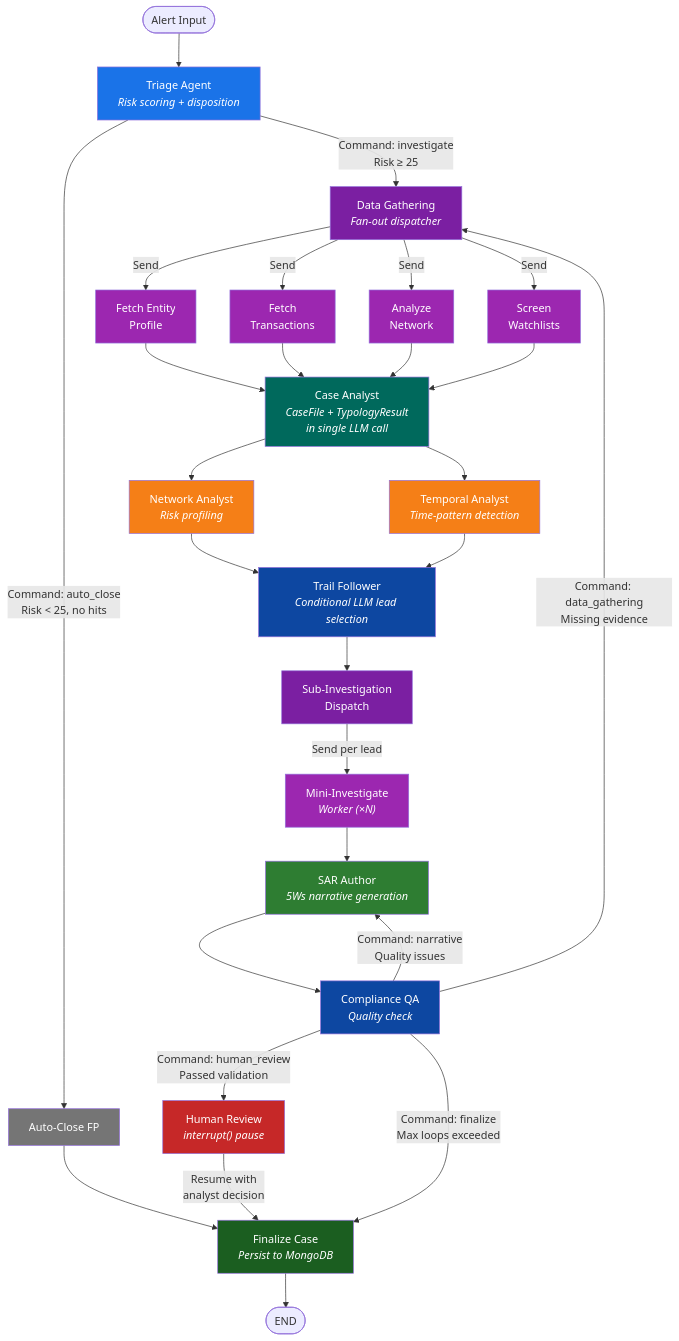
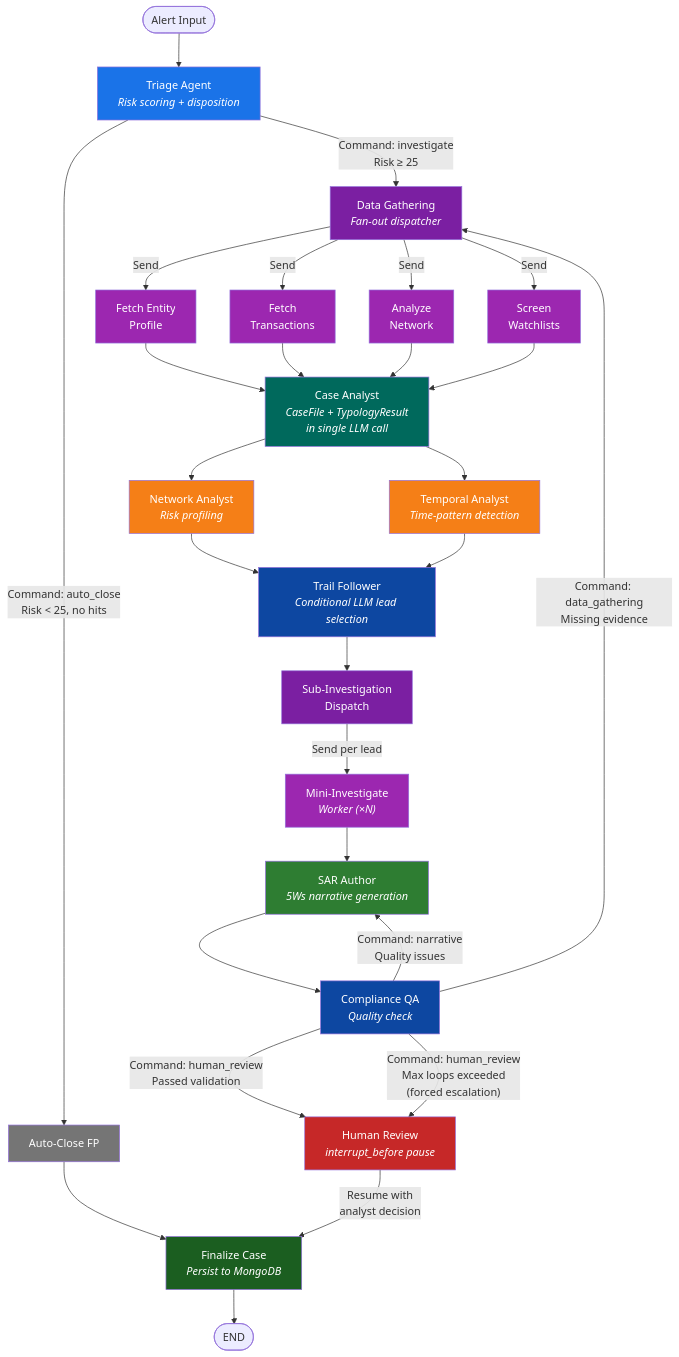
One commit to mongodb-industry-solutions/fsi-aml-fraud-detection changed the third of 19 diagrams in docs/AGENTIC_INVESTIGATION_PIPELINE.md. Above: the diagram before and after it, drawn with Mermaid. The commit also changed other lines of this file and 17 other files, not shown here.

````diff
--- a/docs/AGENTIC_INVESTIGATION_PIPELINE.md
+++ b/docs/AGENTIC_INVESTIGATION_PIPELINE.md
@@ -173,58 +173,58 @@
 ```mermaid
 flowchart TD
     Start(["Alert Input"]) --> Triage["Triage Agent<br/><i>Risk scoring + disposition</i>"]
 
     Triage -->|"Command: auto_close<br/>Risk < 25, no hits"| AutoClose["Auto-Close FP"]
     Triage -->|"Command: investigate<br/>Risk ≥ 25"| FanOut["Data Gathering<br/><i>Fan-out dispatcher</i>"]
 
     AutoClose --> Finalize
 
     FanOut -->|"Send"| FetchEntity["Fetch Entity<br/>Profile"]
     FanOut -->|"Send"| FetchTxn["Fetch<br/>Transactions"]
     FanOut -->|"Send"| FetchNet["Analyze<br/>Network"]
     FanOut -->|"Send"| FetchWL["Screen<br/>Watchlists"]
 
     FetchEntity --> CaseAnalyst["Case Analyst<br/><i>CaseFile + TypologyResult<br/>in single LLM call</i>"]
     FetchTxn --> CaseAnalyst
     FetchNet --> CaseAnalyst
     FetchWL --> CaseAnalyst
 
     CaseAnalyst --> NetAnalyst["Network Analyst<br/><i>Risk profiling</i>"]
     CaseAnalyst --> TempAnalyst["Temporal Analyst<br/><i>Time-pattern detection</i>"]
 
     NetAnalyst --> TrailFollower["Trail Follower<br/><i>Conditional LLM lead selection</i>"]
     TempAnalyst --> TrailFollower
 
     TrailFollower --> SubDispatch["Sub-Investigation<br/>Dispatch"]
 
     SubDispatch -->|"Send per lead"| MiniInvest["Mini-Investigate<br/><i>Worker (×N)</i>"]
 
     MiniInvest --> SARAuthor["SAR Author<br/><i>5Ws narrative generation</i>"]
     SARAuthor --> ComplianceQA["Compliance QA<br/><i>Quality check</i>"]
 
     ComplianceQA -->|"Command: data_gathering<br/>Missing evidence"| FanOut
     ComplianceQA -->|"Command: narrative<br/>Quality issues"| SARAuthor
-    ComplianceQA -->|"Command: human_review<br/>Passed validation"| HumanReview["Human Review<br/><i>interrupt() pause</i>"]
-    ComplianceQA -->|"Command: finalize<br/>Max loops exceeded"| Finalize
+    ComplianceQA -->|"Command: human_review<br/>Passed validation"| HumanReview["Human Review<br/><i>interrupt_before pause</i>"]
+    ComplianceQA -->|"Command: human_review<br/>Max loops exceeded<br/>(forced escalation)"| HumanReview
 
     HumanReview -->|"Resume with<br/>analyst decision"| Finalize["Finalize Case<br/><i>Persist to MongoDB</i>"]
     Finalize --> EndNode(["END"])
 
     style Triage fill:#1a73e8,color:#fff
     style FanOut fill:#7b1fa2,color:#fff
     style FetchEntity fill:#9c27b0,color:#fff
     style FetchTxn fill:#9c27b0,color:#fff
     style FetchNet fill:#9c27b0,color:#fff
     style FetchWL fill:#9c27b0,color:#fff
     style CaseAnalyst fill:#00695c,color:#fff
     style NetAnalyst fill:#f57f17,color:#fff
     style TempAnalyst fill:#f57f17,color:#fff
     style TrailFollower fill:#0d47a1,color:#fff
     style SubDispatch fill:#7b1fa2,color:#fff
     style MiniInvest fill:#9c27b0,color:#fff
     style SARAuthor fill:#2e7d32,color:#fff
     style ComplianceQA fill:#0d47a1,color:#fff
     style HumanReview fill:#c62828,color:#fff
     style Finalize fill:#1b5e20,color:#fff
     style AutoClose fill:#757575,color:#fff
 ```
````
